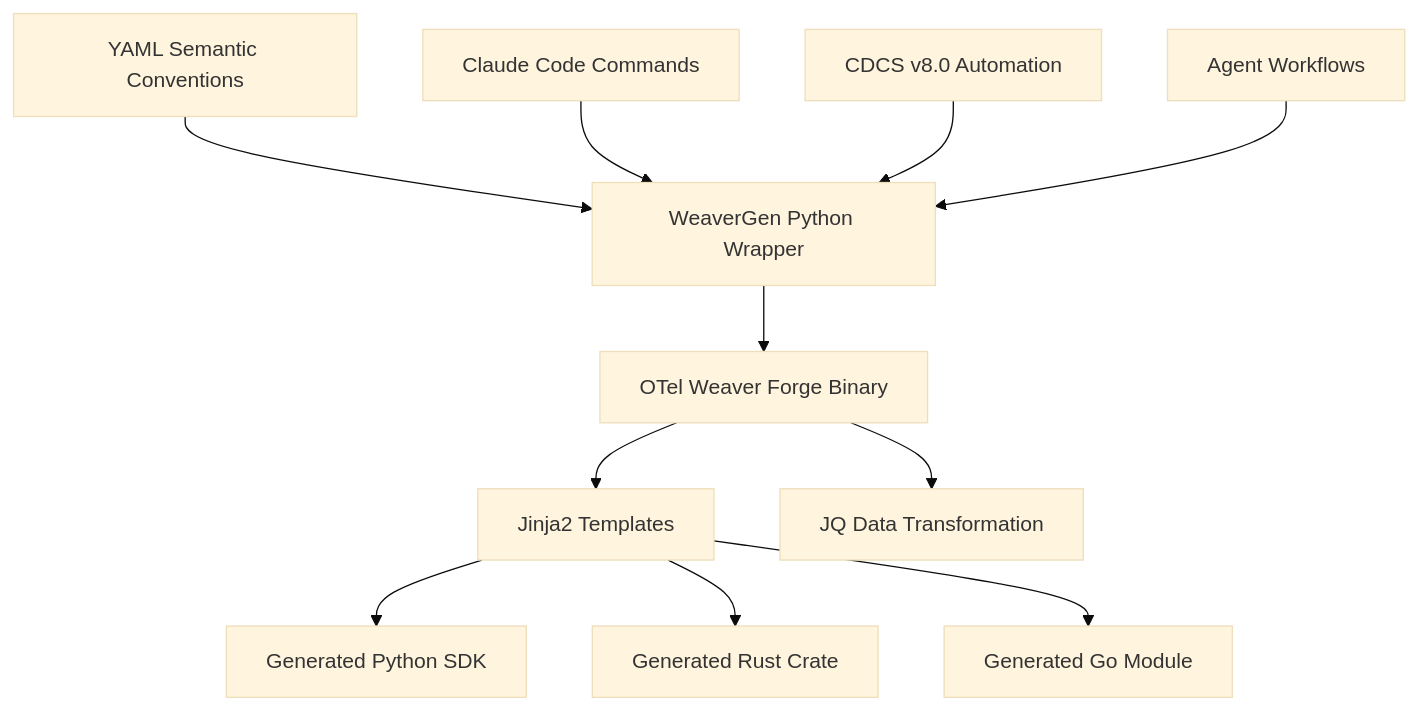
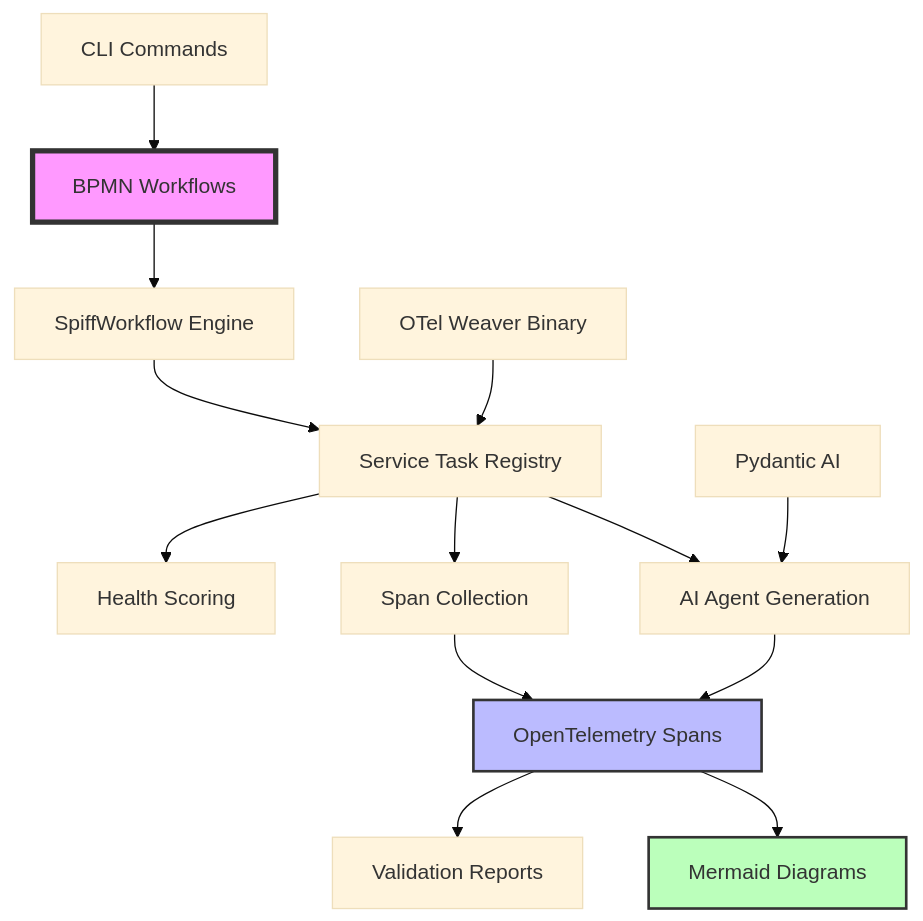
One commit to seanchatmangpt/weavergen changed the diagram in README.md. Above: the diagram before and after it, drawn with Mermaid (base theme). The commit also changed other lines of this file and 5 other files, not shown here.

First line of the commit message:
feat: complete end-to-end Weaver Forge BPMN integration with accurate README

````diff
--- a/README.md
+++ b/README.md
@@ -25,14 +30,21 @@
 ```mermaid
 graph TB
-    A[YAML Semantic Conventions] --> B[WeaverGen Python Wrapper]
-    B --> C[OTel Weaver Forge Binary]
-    C --> D[Jinja2 Templates]
-    C --> E[JQ Data Transformation]
-    D --> F[Generated Python SDK]
-    D --> G[Generated Rust Crate]
-    D --> H[Generated Go Module]
+    A[BPMN Workflows] --> B[SpiffWorkflow Engine]
+    B --> C[Service Task Registry]
+    C --> D[AI Agent Generation]
+    C --> E[Span Collection]
+    C --> F[Health Scoring]
     
-    I[Claude Code Commands] --> B
-    J[CDCS v8.0 Automation] --> B
-    K[Agent Workflows] --> B
+    G[CLI Commands] --> A
+    D --> H[OpenTelemetry Spans]
+    E --> H
+    H --> I[Mermaid Diagrams]
+    H --> J[Validation Reports]
+    
+    K[OTel Weaver Binary] --> C
+    L[Pydantic AI] --> D
+    
+    style A fill:#f9f,stroke:#333,stroke-width:4px
+    style H fill:#bbf,stroke:#333,stroke-width:2px
+    style I fill:#bfb,stroke:#333,stroke-width:2px
 ```
````
